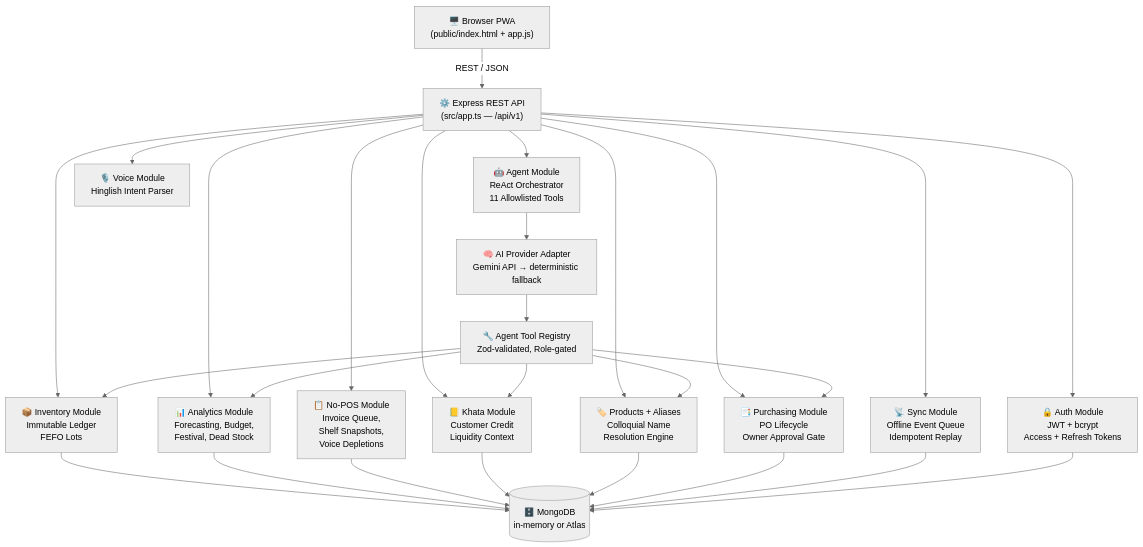
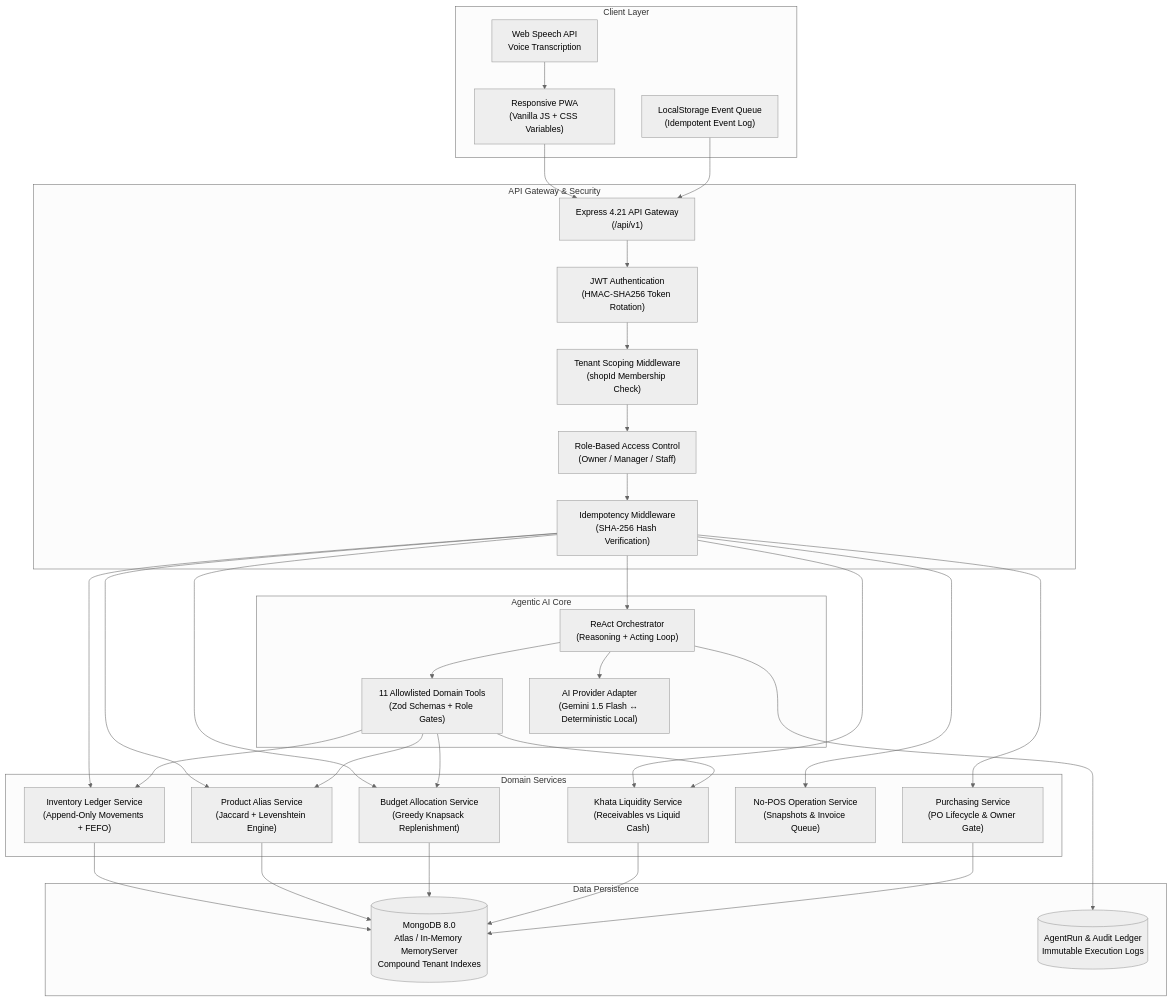
Before and after one commit to rajat552/KiranaSaathi-AI: the third of 8 diagrams in README.md, drawn with Mermaid (neutral theme). The commit also changed other lines of this file, not shown here.

Commit message:
docs: comprehensive engineering audit, factual feature matrix, and architectural documentation for Tech4Bharat 2026

````diff
--- a/README.md
+++ b/README.md
@@ -145,47 +208,64 @@
 ```mermaid
 flowchart TD
-    UI["🖥️ Browser PWA\n(public/index.html + app.js)"]
-    API["⚙️ Express REST API\n(src/app.ts — /api/v1)"]
-    AUTH["🔒 Auth Module\nJWT + bcrypt\nAccess + Refresh Tokens"]
-    AGENT["🤖 Agent Module\nReAct Orchestrator\n11 Allowlisted Tools"]
-    PROVIDER["🧠 AI Provider Adapter\nGemini API → deterministic fallback"]
-    TOOLS["🔧 Agent Tool Registry\nZod-validated, Role-gated"]
-    INVENTORY["📦 Inventory Module\nImmutable Ledger\nFEFO Lots"]
-    ANALYTICS["📊 Analytics Module\nForecasting, Budget,\nFestival, Dead Stock"]
-    NOPOS["📋 No-POS Module\nInvoice Queue,\nShelf Snapshots,\nVoice Depletions"]
-    KHATA["📒 Khata Module\nCustomer Credit\nLiquidity Context"]
-    PRODUCTS["🏷️ Products + Aliases\nColloquial Name\nResolution Engine"]
-    PURCHASING["📑 Purchasing Module\nPO Lifecycle\nOwner Approval Gate"]
-    SYNC["📡 Sync Module\nOffline Event Queue\nIdempotent Replay"]
-    VOICE["🎙️ Voice Module\nHinglish Intent Parser"]
-    MONGO[("🗄️ MongoDB\nin-memory or Atlas")]
+    subgraph Client Layer
+        PWA["Responsive PWA\n(Vanilla JS + CSS Variables)"]
+        VOICE_REC["Web Speech API\nVoice Transcription"]
+        OFFLINE_Q["LocalStorage Event Queue\n(Idempotent Event Log)"]
+    end
 
-    UI -->|REST / JSON| API
-    API --> AUTH
-    API --> AGENT
-    API --> INVENTORY
-    API --> ANALYTICS
-    API --> NOPOS
-    API --> KHATA
-    API --> PRODUCTS
-    API --> PURCHASING
-    API --> SYNC
-    API --> VOICE
+    subgraph API Gateway & Security
+        GATEWAY["Express 4.21 API Gateway\n(/api/v1)"]
+        AUTH_MW["JWT Authentication\n(HMAC-SHA256 Token Rotation)"]
+        TENANT_MW["Tenant Scoping Middleware\n(shopId Membership Check)"]
+        RBAC_MW["Role-Based Access Control\n(Owner / Manager / Staff)"]
+        IDEM_MW["Idempotency Middleware\n(SHA-256 Hash Verification)"]
+    end
 
-    AGENT --> PROVIDER
-    PROVIDER --> TOOLS
-    TOOLS --> INVENTORY
-    TOOLS --> ANALYTICS
-    TOOLS --> KHATA
-    TOOLS --> PRODUCTS
-    TOOLS --> PURCHASING
+    subgraph Domain Services
+        INV_SRV["Inventory Ledger Service\n(Append-Only Movements + FEFO)"]
+        ALIAS_SRV["Product Alias Service\n(Jaccard + Levenshtein Engine)"]
+        BUDGET_SRV["Budget Allocation Service\n(Greedy Knapsack Replenishment)"]
+        KHATA_SRV["Khata Liquidity Service\n(Receivables vs Liquid Cash)"]
+        NOPOS_SRV["No-POS Operation Service\n(Snapshots & Invoice Queue)"]
+        PURCH_SRV["Purchasing Service\n(PO Lifecycle & Owner Gate)"]
+    end
 
-    INVENTORY --> MONGO
-    ANALYTICS --> MONGO
-    NOPOS --> MONGO
-    KHATA --> MONGO
-    PRODUCTS --> MONGO
-    PURCHASING --> MONGO
-    SYNC --> MONGO
-    AUTH --> MONGO
+    subgraph Agentic AI Core
+        REACT["ReAct Orchestrator\n(Reasoning + Acting Loop)"]
+        TOOL_REG["11 Allowlisted Domain Tools\n(Zod Schemas + Role Gates)"]
+        AI_PROV["AI Provider Adapter\n(Gemini 1.5 Flash ↔ Deterministic Local)"]
+    end
+
+    subgraph Data Persistence
+        MONGO[("MongoDB 8.0\nAtlas / In-Memory MemoryServer\nCompound Tenant Indexes")]
+        AUDIT_COLL[("AgentRun & Audit Ledger\nImmutable Execution Logs")]
+    end
+
+    PWA --> GATEWAY
+    VOICE_REC --> PWA
+    OFFLINE_Q --> GATEWAY
+
+    GATEWAY --> AUTH_MW --> TENANT_MW --> RBAC_MW --> IDEM_MW
+
+    IDEM_MW --> INV_SRV
+    IDEM_MW --> ALIAS_SRV
+    IDEM_MW --> BUDGET_SRV
+    IDEM_MW --> KHATA_SRV
+    IDEM_MW --> NOPOS_SRV
+    IDEM_MW --> PURCH_SRV
+    IDEM_MW --> REACT
+
+    REACT --> AI_PROV
+    REACT --> TOOL_REG
+    TOOL_REG --> INV_SRV
+    TOOL_REG --> BUDGET_SRV
+    TOOL_REG --> KHATA_SRV
+    TOOL_REG --> ALIAS_SRV
+
+    INV_SRV --> MONGO
+    ALIAS_SRV --> MONGO
+    BUDGET_SRV --> MONGO
+    KHATA_SRV --> MONGO
+    PURCH_SRV --> MONGO
+    REACT --> AUDIT_COLL
 ```
````
